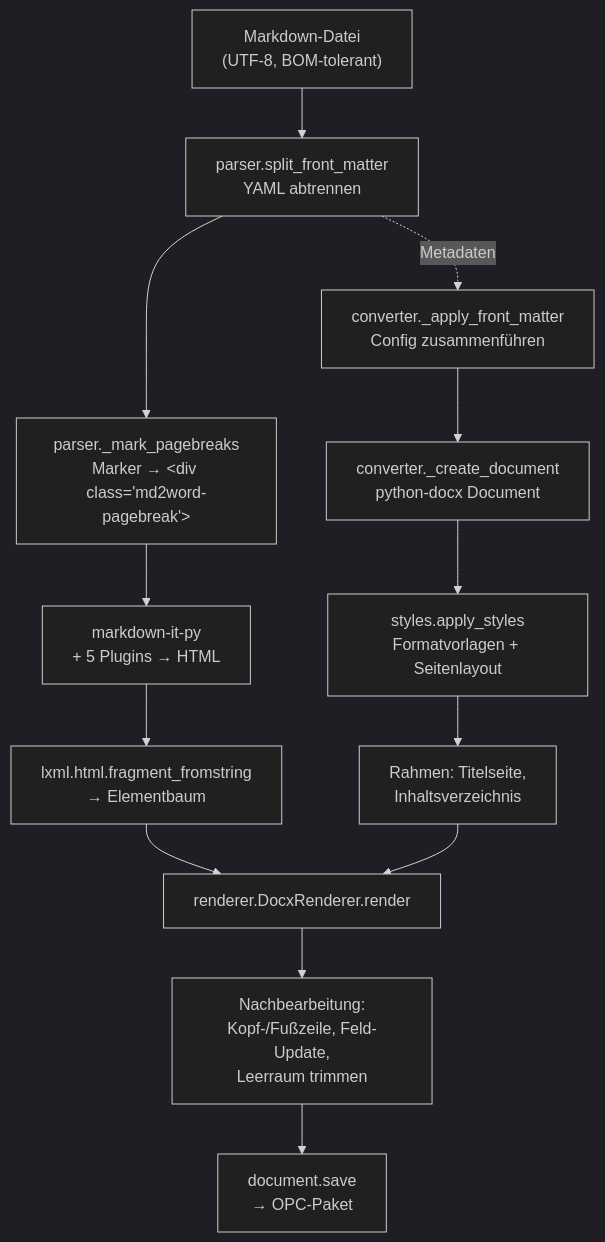
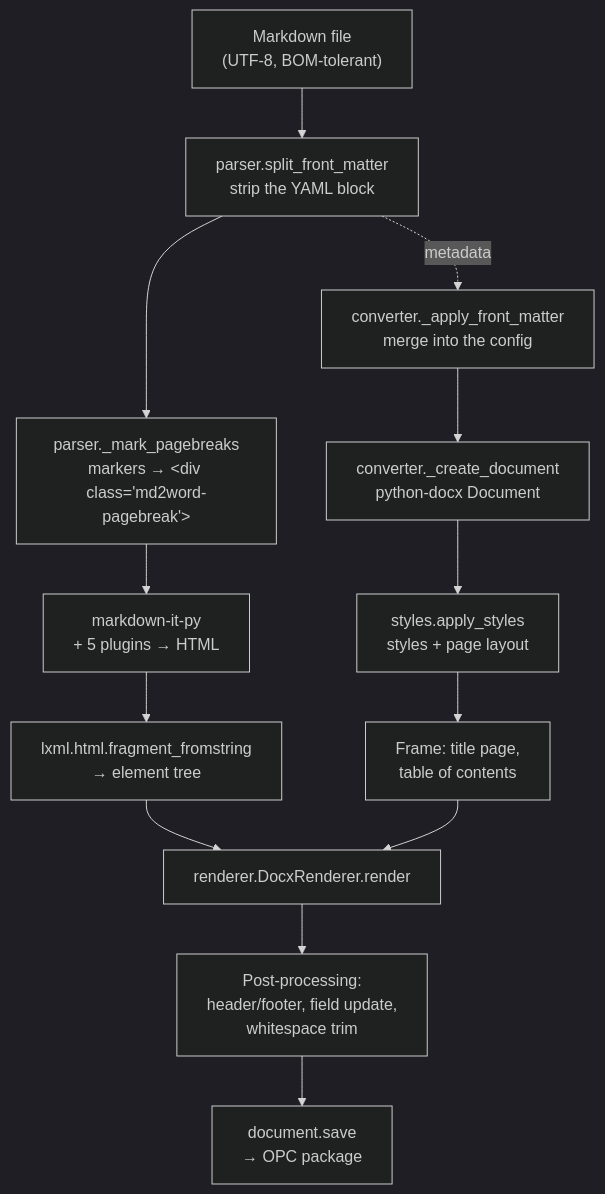
The diagram in SPEC.md (indianerbande/md2word), drawn with Mermaid (dark theme) before and after one commit. The commit also changed other lines of this file and 24 other files, not shown here.

````diff
--- a/SPEC.md
+++ b/SPEC.md
@@ -32,17 +31,17 @@
 ```mermaid
 flowchart TD
-    A["Markdown-Datei<br/>(UTF-8, BOM-tolerant)"] --> B["parser.split_front_matter<br/>YAML abtrennen"]
-    B --> C["parser._mark_pagebreaks<br/>Marker → &lt;div class='md2word-pagebreak'&gt;"]
-    C --> D["markdown-it-py<br/>+ 5 Plugins → HTML"]
-    D --> E["lxml.html.fragment_fromstring<br/>→ Elementbaum"]
+    A["Markdown file<br/>(UTF-8, BOM-tolerant)"] --> B["parser.split_front_matter<br/>strip the YAML block"]
+    B --> C["parser._mark_pagebreaks<br/>markers → &lt;div class='md2word-pagebreak'&gt;"]
+    C --> D["markdown-it-py<br/>+ 5 plugins → HTML"]
+    D --> E["lxml.html.fragment_fromstring<br/>→ element tree"]
 
-    B -.Metadaten.-> F["converter._apply_front_matter<br/>Config zusammenführen"]
+    B -.metadata.-> F["converter._apply_front_matter<br/>merge into the config"]
     F --> G["converter._create_document<br/>python-docx Document"]
-    G --> H["styles.apply_styles<br/>Formatvorlagen + Seitenlayout"]
-    H --> I["Rahmen: Titelseite,<br/>Inhaltsverzeichnis"]
+    G --> H["styles.apply_styles<br/>styles + page layout"]
+    H --> I["Frame: title page,<br/>table of contents"]
 
     E --> J["renderer.DocxRenderer.render"]
     I --> J
-    J --> K["Nachbearbeitung:<br/>Kopf-/Fußzeile, Feld-Update,<br/>Leerraum trimmen"]
-    K --> L["document.save<br/>→ OPC-Paket"]
+    J --> K["Post-processing:<br/>header/footer, field update,<br/>whitespace trim"]
+    K --> L["document.save<br/>→ OPC package"]
 ```
````
